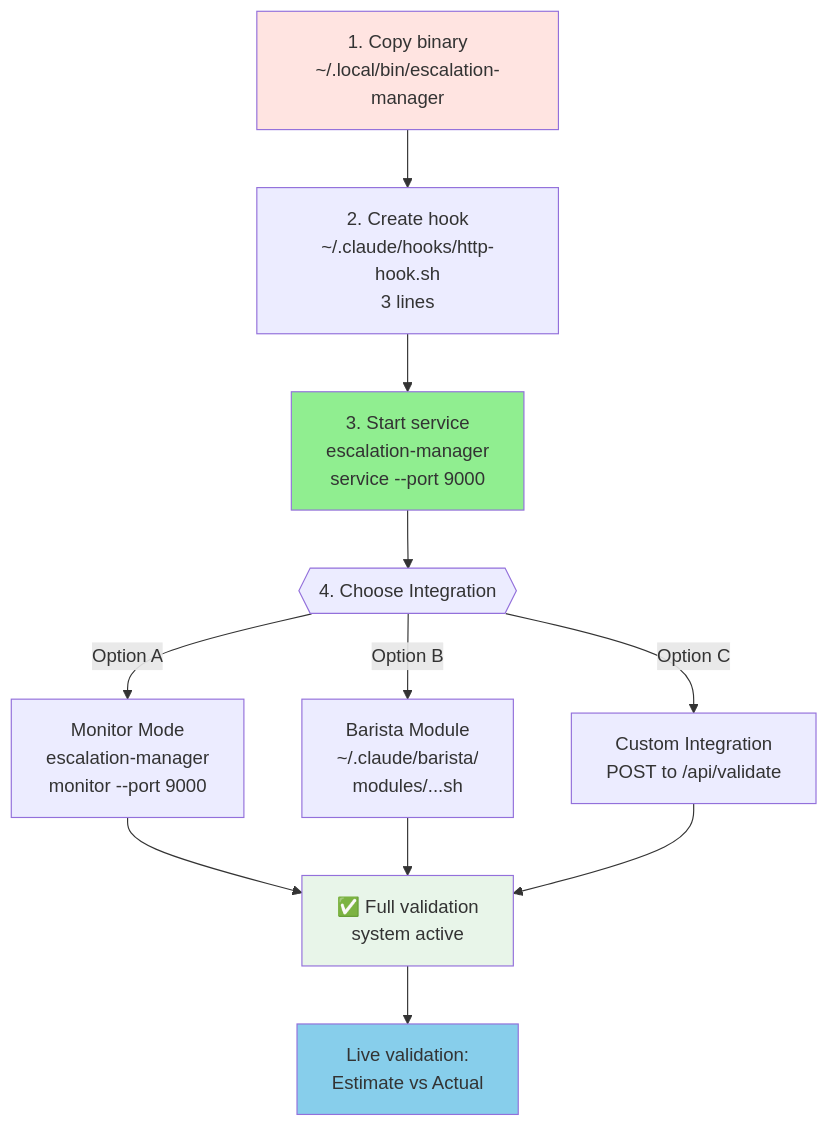
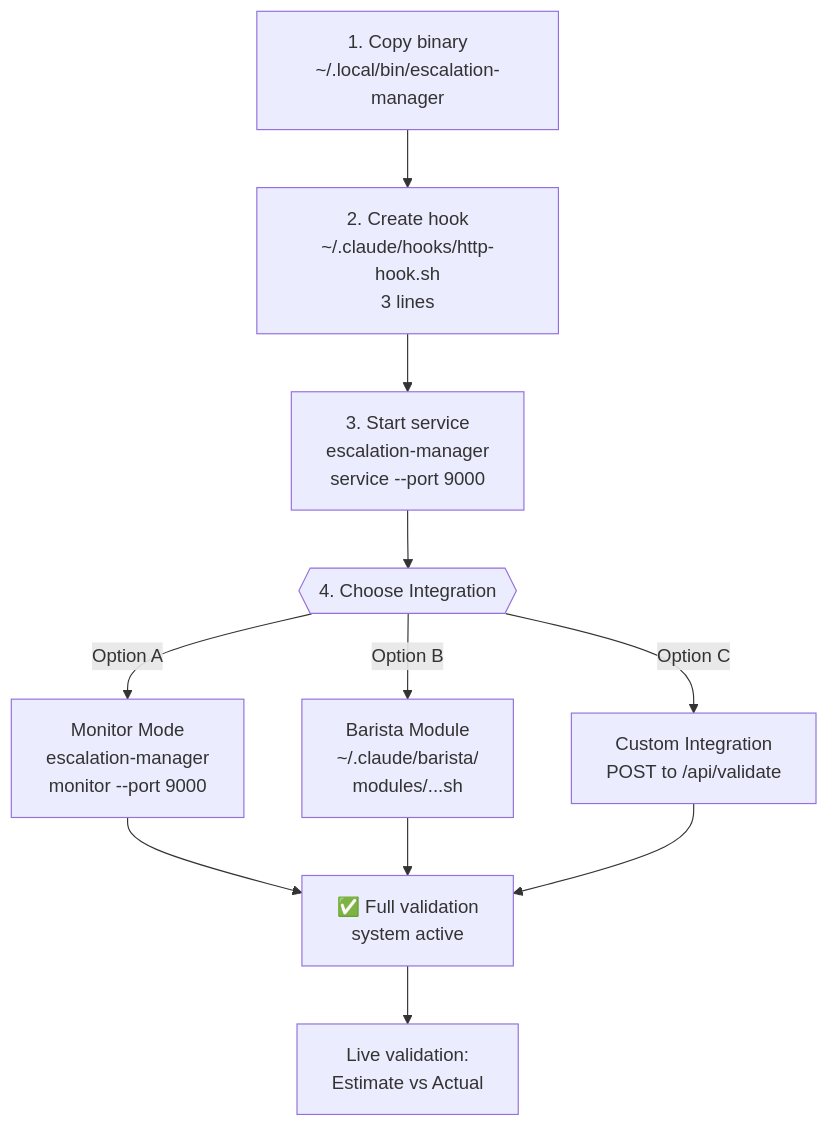
The tenth of 12 diagrams in ARCHITECTURE_DIAGRAMS.md (szibis/LLMSentinel), drawn with Mermaid before and after one commit. The commit also changed other lines of this file and 60 other files, not shown here.

````diff
--- a/ARCHITECTURE_DIAGRAMS.md
+++ b/ARCHITECTURE_DIAGRAMS.md
@@ -285,27 +269,23 @@
 ```mermaid
+%%{init: { 'theme': 'auto' } }%%
 graph TD
     Start["1. Copy binary<br/>~/.local/bin/escalation-manager"]
     
     Start --> S1["2. Create hook<br/>~/.claude/hooks/http-hook.sh<br/>3 lines"]
     
     S1 --> S2["3. Start service<br/>escalation-manager<br/>service --port 9000"]
     
     S2 --> S3{{"4. Choose Integration"}}
     
     S3 -->|"Option A"| O1["Monitor Mode<br/>escalation-manager<br/>monitor --port 9000"]
     
     S3 -->|"Option B"| O2["Barista Module<br/>~/.claude/barista/<br/>modules/...sh"]
     
     S3 -->|"Option C"| O3["Custom Integration<br/>POST to /api/validate"]
     
     O1 --> Done["✅ Full validation<br/>system active"]
     O2 --> Done
     O3 --> Done
     
     Done --> Live["Live validation:<br/>Estimate vs Actual"]
-    
-    style Start fill:#FFE4E1
-    style S2 fill:#90EE90
-    style Done fill:#E8F5E9
-    style Live fill:#87CEEB
 ```
````
